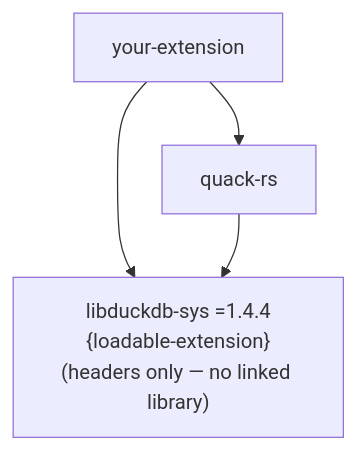
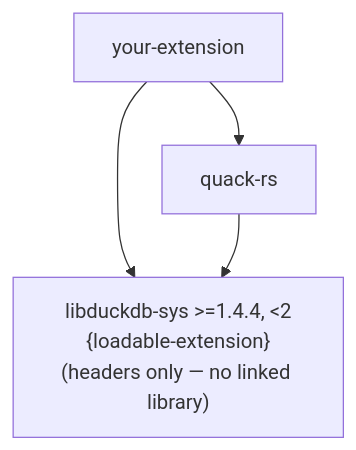
One commit to tomtom215/quack-rs changed the diagram in book/src/concepts/anatomy.md. Above: the diagram before and after it, drawn with Mermaid. The commit also changed other lines of this file and 10 other files, not shown here.

````diff
--- a/book/src/concepts/anatomy.md
+++ b/book/src/concepts/anatomy.md
@@ -70,10 +70,10 @@
 ```mermaid
 graph TD
     EXT["your-extension"]
     QR["quack-rs"]
-    LDS["libduckdb-sys =1.4.4<br/>{loadable-extension}<br/>(headers only — no linked library)"]
+    LDS["libduckdb-sys >=1.4.4, <2<br/>{loadable-extension}<br/>(headers only — no linked library)"]
 
     EXT --> QR
     EXT --> LDS
     QR  --> LDS
 ```
````
